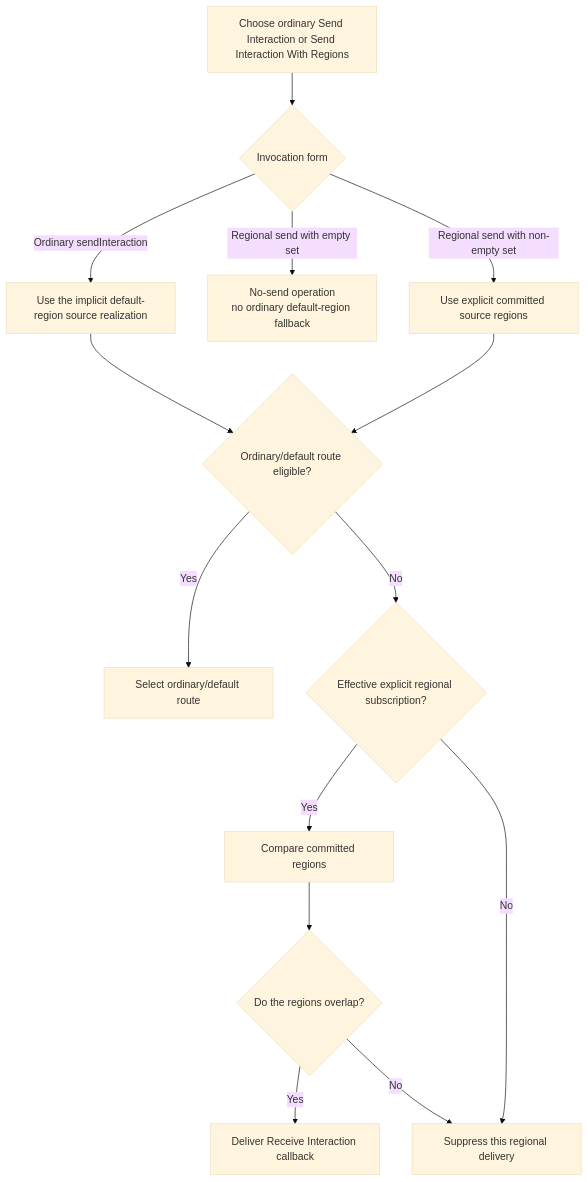
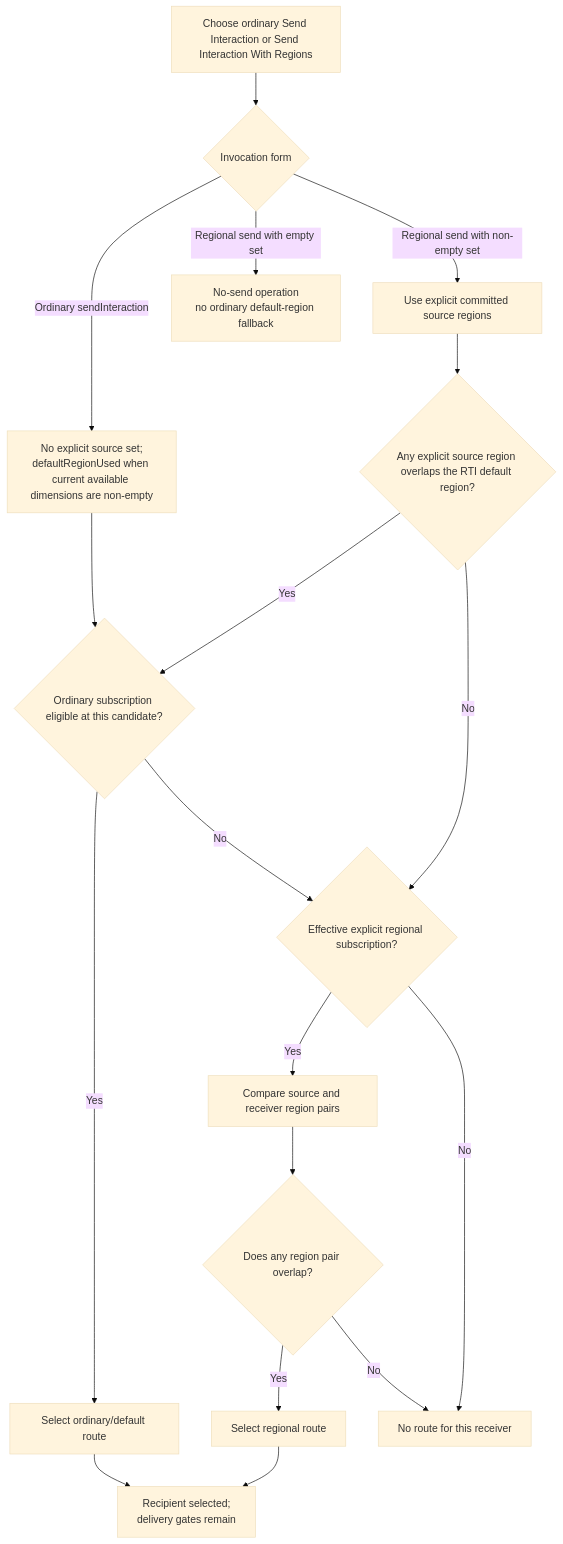
Diagram 25 of 35 in docs/design/HLA-2025-DATA-DISTRIBUTION-AND-REGIONS-FLOW-GUIDE.md (sheepfling/umbra), drawn with Mermaid (base theme) before and after one commit. The commit also changed other lines of this file and 39 other files, not shown here.

Commit message:
Document IEEE 1516.1-2025 behavior flows

````diff
--- a/docs/design/HLA-2025-DATA-DISTRIBUTION-AND-REGIONS-FLOW-GUIDE.md
+++ b/docs/design/HLA-2025-DATA-DISTRIBUTION-AND-REGIONS-FLOW-GUIDE.md
@@ -1432,16 +2081,20 @@
 ```mermaid
 flowchart TD
   A[Choose ordinary Send Interaction or Send Interaction With Regions] --> B{Invocation form}
-  B -->|Ordinary sendInteraction| D[Use the implicit default-region source realization]
+  B -->|Ordinary sendInteraction| D[No explicit source set;<br/>defaultRegionUsed when current available dimensions are non-empty]
+  D --> E{Ordinary subscription eligible at this candidate?}
   B -->|Regional send with empty set| Z[No-send operation<br/>no ordinary default-region fallback]
   B -->|Regional send with non-empty set| C[Use explicit committed source regions]
-  C --> E{Ordinary/default route eligible?}
-  D --> E
+  C --> X{Any explicit source region overlaps the RTI default region?}
+  X -->|Yes| E
+  X -->|No| G
   E -->|Yes| F[Select ordinary/default route]
   E -->|No| G{Effective explicit regional subscription?}
-  G -->|Yes| H[Compare committed regions]
-  G -->|No| J[Suppress this regional delivery]
-  H --> I{Do the regions overlap?}
-  I -->|Yes| K[Deliver Receive Interaction callback]
+  G -->|Yes| H[Compare source and receiver region pairs]
+  G -->|No| J[No route for this receiver]
+  H --> I{Does any region pair overlap?}
+  I -->|Yes| K[Select regional route]
   I -->|No| J
+  F --> L[Recipient selected;<br/>delivery gates remain]
+  K --> L
 ```
````
